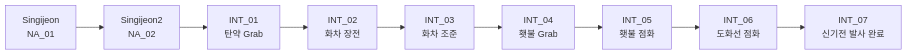
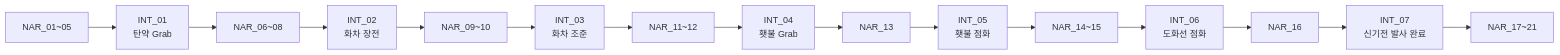
One commit to jihoon-c/SuwonSiegeContestVR changed the fifth of 5 diagrams in docs/Main/plans/PLAYER_PAWN_SCENARIO_MANAGER_HANDOFF.md. Above: the diagram before and after it, drawn with Mermaid. The commit also changed other lines of this file and 56 other files, not shown here.

````diff
--- a/docs/Main/plans/PLAYER_PAWN_SCENARIO_MANAGER_HANDOFF.md
+++ b/docs/Main/plans/PLAYER_PAWN_SCENARIO_MANAGER_HANDOFF.md
@@ -446,11 +446,11 @@
 ```mermaid
 flowchart LR
-    NA1["Singijeon<br/>NA_01"] --> NA2["Singijeon2<br/>NA_02"]
-    NA2 --> I1["INT_01<br/>탄약 Grab"]
-    I1 --> I2["INT_02<br/>화차 장전"]
-    I2 --> I3["INT_03<br/>화차 조준"]
-    I3 --> I4["INT_04<br/>횃불 Grab"]
-    I4 --> I5["INT_05<br/>횃불 점화"]
-    I5 --> I6["INT_06<br/>도화선 점화"]
-    I6 --> I7["INT_07<br/>신기전 발사 완료"]
+    Intro["NAR_01~05"] --> I1["INT_01<br/>탄약 Grab"]
+    I1 --> LoadGuide["NAR_06~08"] --> I2["INT_02<br/>화차 장전"]
+    I2 --> AimGuide["NAR_09~10"] --> I3["INT_03<br/>화차 조준"]
+    I3 --> TorchGuide["NAR_11~12"] --> I4["INT_04<br/>횃불 Grab"]
+    I4 --> N13["NAR_13"] --> I5["INT_05<br/>횃불 점화"]
+    I5 --> FuseGuide["NAR_14~15"] --> I6["INT_06<br/>도화선 점화"]
+    I6 --> N16["NAR_16"] --> I7["INT_07<br/>신기전 발사 완료"]
+    I7 --> Outro["NAR_17~21"]
 ```
````
